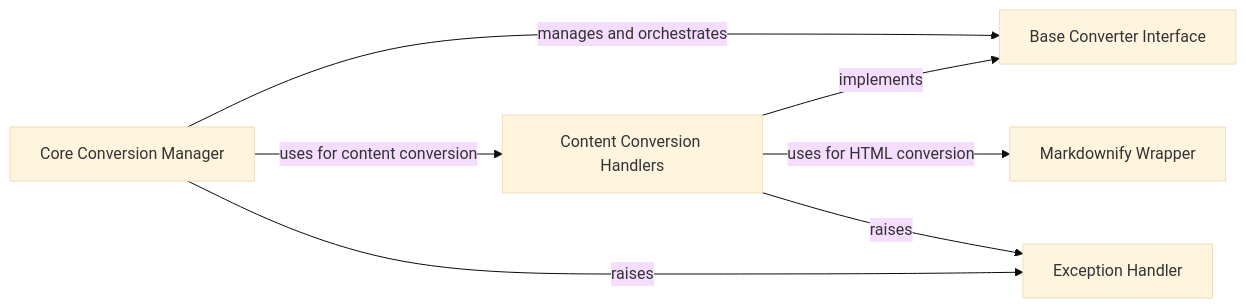
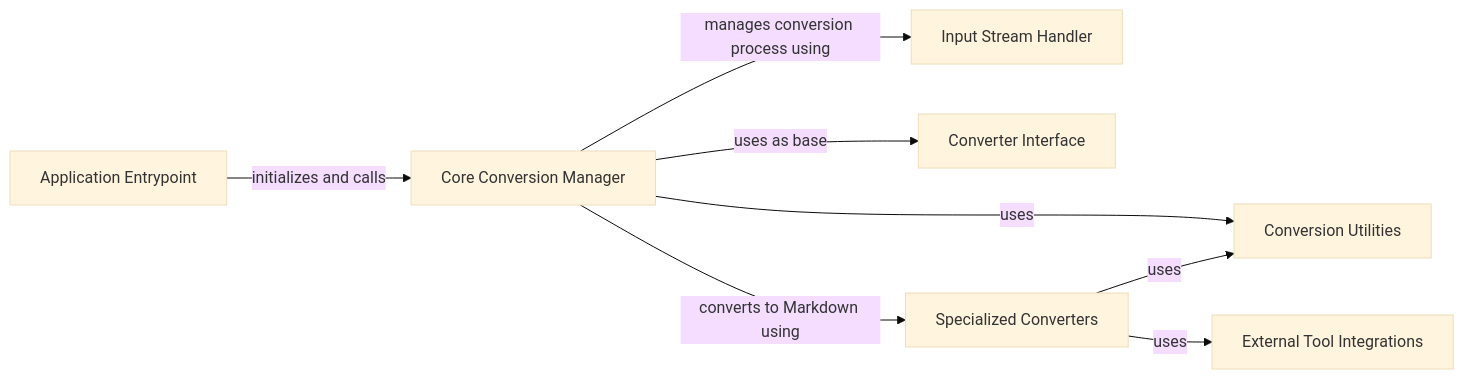
Before and after one commit to CodeBoarding/GeneratedOnBoardings: the diagram in markitdown/on_boarding.md, drawn with Mermaid (base theme). The commit also changed other lines of this file and 11 other files, not shown here.

````diff
--- a/markitdown/on_boarding.md
+++ b/markitdown/on_boarding.md
@@ -1,19 +1,24 @@
 ```mermaid
 graph LR
+    Application_Entrypoint["Application Entrypoint"]
     Core_Conversion_Manager["Core Conversion Manager"]
-    Base_Converter_Interface["Base Converter Interface"]
-    Content_Conversion_Handlers["Content Conversion Handlers"]
-    Markdownify_Wrapper["Markdownify Wrapper"]
-    Exception_Handler["Exception Handler"]
-    Core_Conversion_Manager -- "manages and orchestrates" --> Base_Converter_Interface
-    Core_Conversion_Manager -- "uses for content conversion" --> Content_Conversion_Handlers
-    Content_Conversion_Handlers -- "implements" --> Base_Converter_Interface
-    Content_Conversion_Handlers -- "uses for HTML conversion" --> Markdownify_Wrapper
-    Core_Conversion_Manager -- "raises" --> Exception_Handler
-    Content_Conversion_Handlers -- "raises" --> Exception_Handler
+    Input_Stream_Handler["Input Stream Handler"]
+    Converter_Interface["Converter Interface"]
+    Specialized_Converters["Specialized Converters"]
+    External_Tool_Integrations["External Tool Integrations"]
+    Conversion_Utilities["Conversion Utilities"]
+    Application_Entrypoint -- "initializes and calls" --> Core_Conversion_Manager
+    Core_Conversion_Manager -- "manages conversion process using" --> Input_Stream_Handler
+    Core_Conversion_Manager -- "uses as base" --> Converter_Interface
+    Core_Conversion_Manager -- "uses" --> Conversion_Utilities
+    Core_Conversion_Manager -- "converts to Markdown using" --> Specialized_Converters
+    Specialized_Converters -- "uses" --> External_Tool_Integrations
+    Specialized_Converters -- "uses" --> Conversion_Utilities
+    click Application_Entrypoint href "https://github.com/CodeBoarding/GeneratedOnBoardings/blob/main/markitdown/Application Entrypoint.md" "Details"
     click Core_Conversion_Manager href "https://github.com/CodeBoarding/GeneratedOnBoardings/blob/main/markitdown/Core Conversion Manager.md" "Details"
-    click Base_Converter_Interface href "https://github.com/CodeBoarding/GeneratedOnBoardings/blob/main/markitdown/Base Converter Interface.md" "Details"
-    click Content_Conversion_Handlers href "https://github.com/CodeBoarding/GeneratedOnBoardings/blob/main/markitdown/Content Conversion Handlers.md" "Details"
-    click Markdownify_Wrapper href "https://github.com/CodeBoarding/GeneratedOnBoardings/blob/main/markitdown/Markdownify Wrapper.md" "Details"
-    click Exception_Handler href "https://github.com/CodeBoarding/GeneratedOnBoardings/blob/main/markitdown/Exception Handler.md" "Details"
+    click Input_Stream_Handler href "https://github.com/CodeBoarding/GeneratedOnBoardings/blob/main/markitdown/Input Stream Handler.md" "Details"
+    click Converter_Interface href "https://github.com/CodeBoarding/GeneratedOnBoardings/blob/main/markitdown/Converter Interface.md" "Details"
+    click Specialized_Converters href "https://github.com/CodeBoarding/GeneratedOnBoardings/blob/main/markitdown/Specialized Converters.md" "Details"
+    click External_Tool_Integrations href "https://github.com/CodeBoarding/GeneratedOnBoardings/blob/main/markitdown/External Tool Integrations.md" "Details"
+    click Conversion_Utilities href "https://github.com/CodeBoarding/GeneratedOnBoardings/blob/main/markitdown/Conversion Utilities.md" "Details"
 ```
````
